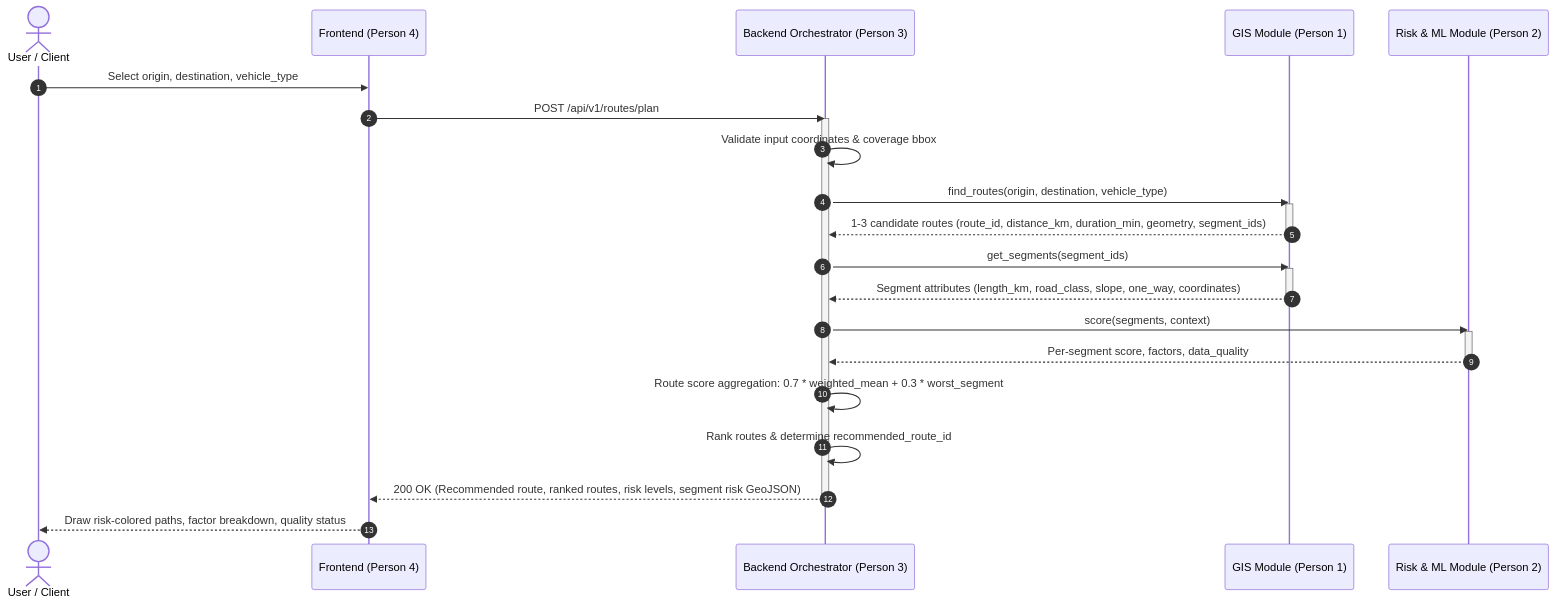
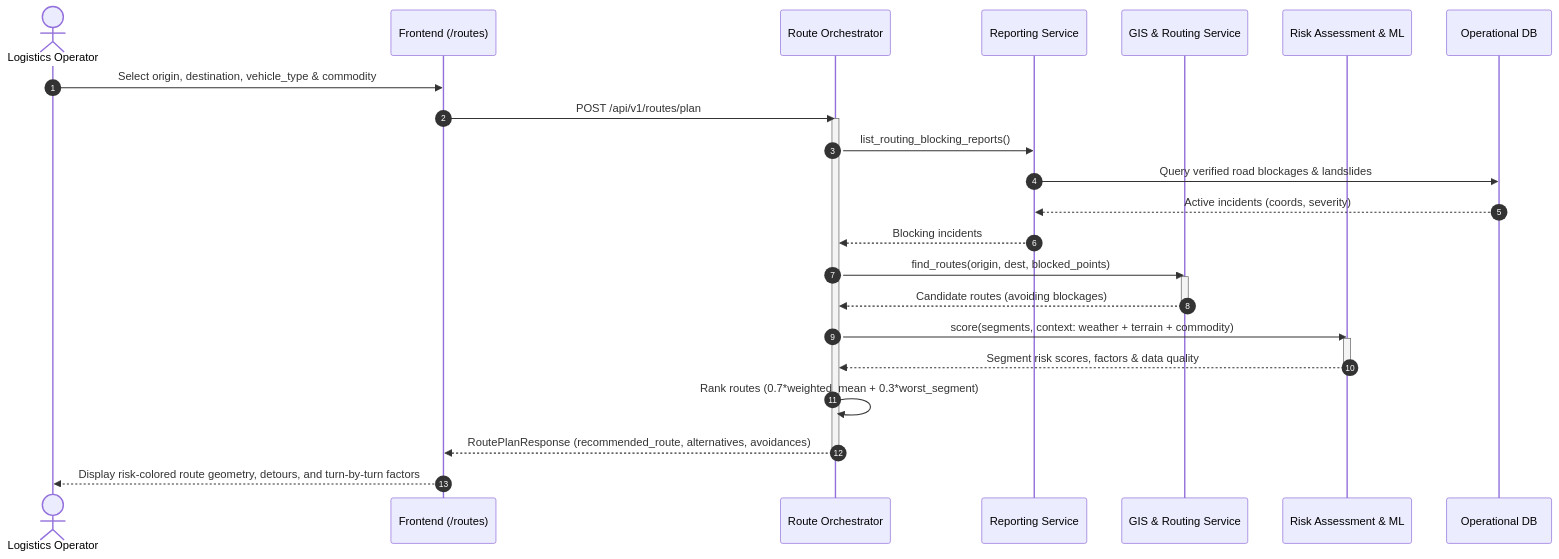
Before and after one commit to NisargaK-21/smart-logistics-intelligence: the second of 2 diagrams in docs/architecture.md, drawn with Mermaid. The commit also changed other lines of this file, not shown here.

Commit message:
docs: update architecture.md with comprehensive diagram and full system implementation

````diff
--- a/docs/architecture.md
+++ b/docs/architecture.md
@@ -22,34 +144,34 @@
 ```mermaid
 sequenceDiagram
     autonumber
-    actor User as User / Client
-    participant FE as Frontend (Person 4)
-    participant BE as Backend Orchestrator (Person 3)
-    participant GIS as GIS Module (Person 1)
-    participant Risk as Risk & ML Module (Person 2)
+    actor Operator as Logistics Operator
+    participant FE as Frontend (/routes)
+    participant BE as Route Orchestrator
+    participant Reports as Reporting Service
+    participant GIS as GIS & Routing Service
+    participant Risk as Risk Assessment & ML
+    participant DB as Operational DB
 
-    User->>FE: Select origin, destination, vehicle_type
+    Operator->>FE: Select origin, destination, vehicle_type & commodity
     FE->>BE: POST /api/v1/routes/plan
     activate BE
-    BE->>BE: Validate input coordinates & coverage bbox
-    BE->>GIS: find_routes(origin, destination, vehicle_type)
+    BE->>Reports: list_routing_blocking_reports()
+    Reports->>DB: Query verified road blockages & landslides
+    DB-->>Reports: Active incidents (coords, severity)
+    Reports-->>BE: Blocking incidents
+    
+    BE->>GIS: find_routes(origin, dest, blocked_points)
     activate GIS
-    GIS-->>BE: 1-3 candidate routes (route_id, distance_km, duration_min, geometry, segment_ids)
+    GIS-->>BE: Candidate routes (avoiding blockages)
     deactivate GIS
 
-    BE->>GIS: get_segments(segment_ids)
-    activate GIS
-    GIS-->>BE: Segment attributes (length_km, road_class, slope, one_way, coordinates)
-    deactivate GIS
-
-    BE->>Risk: score(segments, context)
+    BE->>Risk: score(segments, context: weather + terrain + commodity)
     activate Risk
-    Risk-->>BE: Per-segment score, factors, data_quality
+    Risk-->>BE: Segment risk scores, factors & data quality
     deactivate Risk
 
-    BE->>BE: Route score aggregation: 0.7 * weighted_mean + 0.3 * worst_segment
-    BE->>BE: Rank routes & determine recommended_route_id
-    BE-->>FE: 200 OK (Recommended route, ranked routes, risk levels, segment risk GeoJSON)
+    BE->>BE: Rank routes (0.7*weighted_mean + 0.3*worst_segment)
+    BE-->>FE: RoutePlanResponse (recommended_route, alternatives, avoidances)
     deactivate BE
-    FE-->>User: Draw risk-colored paths, factor breakdown, quality status
+    FE-->>Operator: Display risk-colored route geometry, detours, and turn-by-turn factors
 ```
````
